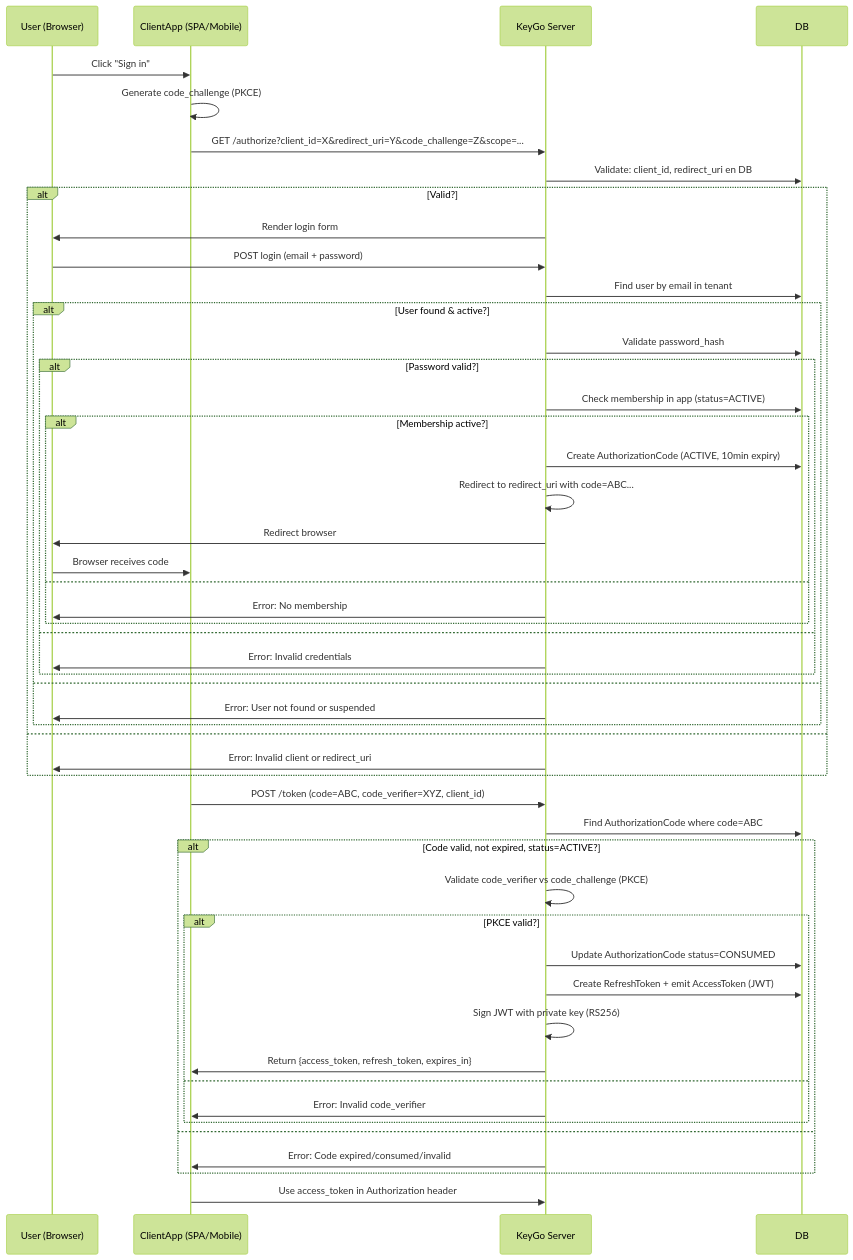
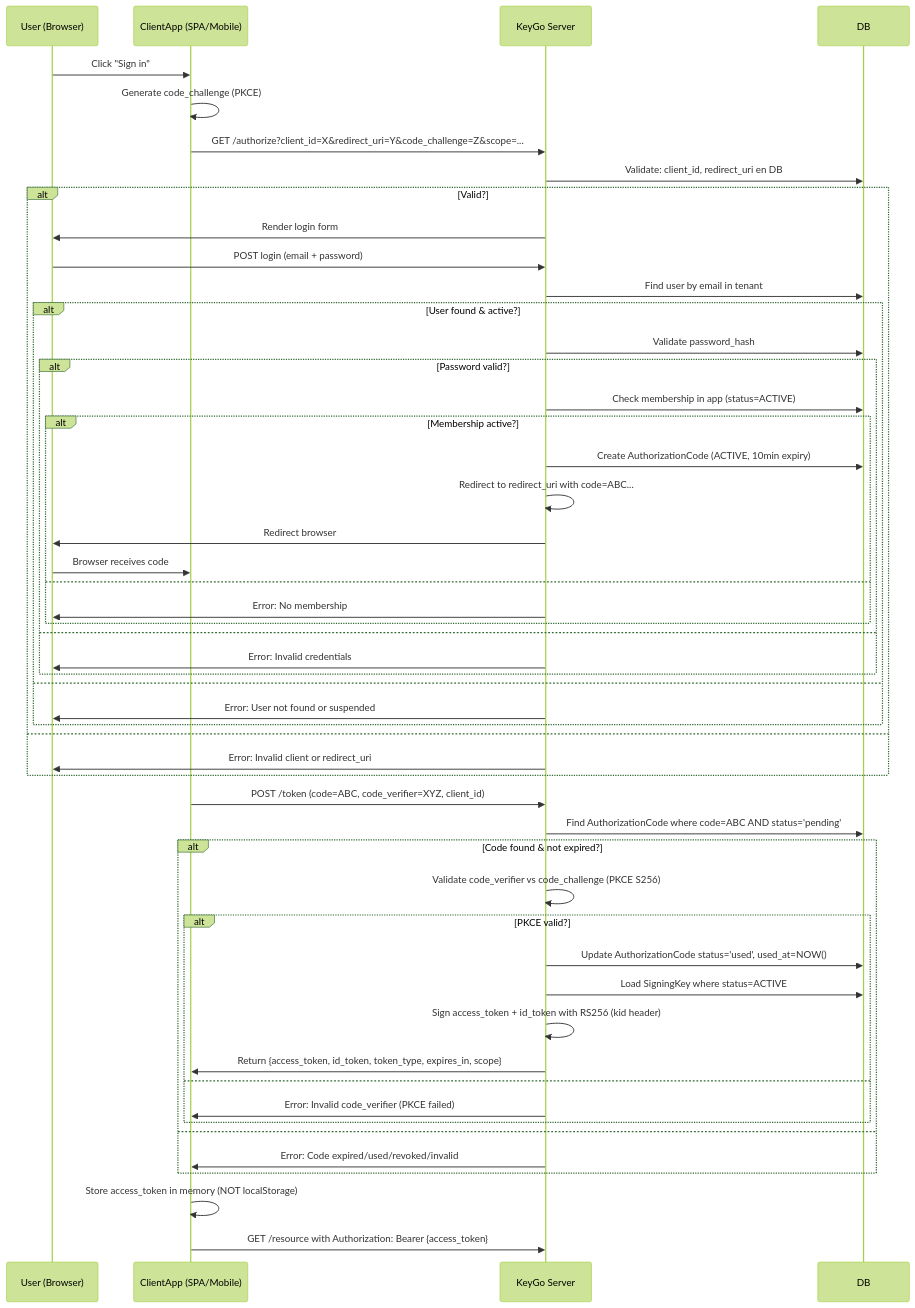
One commit to cmartinezs/keygo-server changed the fifth of 13 diagrams in docs/keygo-server/ENTITY_RELATIONSHIPS.md. Above: the diagram before and after it, drawn with Mermaid (forest theme). The commit also changed other lines of this file and 55 other files, not shown here.

Commit message:
feat(auth): implement JWKS endpoint and related models for JWT signing keys

````diff
--- a/docs/keygo-server/ENTITY_RELATIONSHIPS.md
+++ b/docs/keygo-server/ENTITY_RELATIONSHIPS.md
@@ -193,56 +222,57 @@
 ```mermaid
 sequenceDiagram
     participant User as User (Browser)
     participant App as ClientApp (SPA/Mobile)
     participant KeyGo as KeyGo Server
     participant DB as DB
 
     User->>App: Click "Sign in"
     App->>App: Generate code_challenge (PKCE)
     App->>KeyGo: GET /authorize?client_id=X&redirect_uri=Y&code_challenge=Z&scope=...
 
     KeyGo->>DB: Validate: client_id, redirect_uri en DB
     alt Valid?
         KeyGo->>User: Render login form
         User->>KeyGo: POST login (email + password)
         KeyGo->>DB: Find user by email in tenant
         alt User found & active?
             KeyGo->>DB: Validate password_hash
             alt Password valid?
                 KeyGo->>DB: Check membership in app (status=ACTIVE)
                 alt Membership active?
                     KeyGo->>DB: Create AuthorizationCode (ACTIVE, 10min expiry)
                     KeyGo->>KeyGo: Redirect to redirect_uri with code=ABC...
                     KeyGo->>User: Redirect browser
                     User->>App: Browser receives code
                 else
                     KeyGo->>User: Error: No membership
                 end
             else
                 KeyGo->>User: Error: Invalid credentials
             end
         else
             KeyGo->>User: Error: User not found or suspended
         end
     else
         KeyGo->>User: Error: Invalid client or redirect_uri
     end
 
     App->>KeyGo: POST /token (code=ABC, code_verifier=XYZ, client_id)
-    KeyGo->>DB: Find AuthorizationCode where code=ABC
-    alt Code valid, not expired, status=ACTIVE?
-        KeyGo->>KeyGo: Validate code_verifier vs code_challenge (PKCE)
+    KeyGo->>DB: Find AuthorizationCode where code=ABC AND status='pending'
+    alt Code found & not expired?
+        KeyGo->>KeyGo: Validate code_verifier vs code_challenge (PKCE S256)
         alt PKCE valid?
-            KeyGo->>DB: Update AuthorizationCode status=CONSUMED
-            KeyGo->>DB: Create RefreshToken + emit AccessToken (JWT)
-            KeyGo->>KeyGo: Sign JWT with private key (RS256)
-            KeyGo->>App: Return {access_token, refresh_token, expires_in}
+            KeyGo->>DB: Update AuthorizationCode status='used', used_at=NOW()
+            KeyGo->>DB: Load SigningKey where status=ACTIVE
+            KeyGo->>KeyGo: Sign access_token + id_token with RS256 (kid header)
+            KeyGo->>App: Return {access_token, id_token, token_type, expires_in, scope}
         else
-            KeyGo->>App: Error: Invalid code_verifier
+            KeyGo->>App: Error: Invalid code_verifier (PKCE failed)
         end
     else
-        KeyGo->>App: Error: Code expired/consumed/invalid
+        KeyGo->>App: Error: Code expired/used/revoked/invalid
     end
 
-    App->>KeyGo: Use access_token in Authorization header
+    App->>App: Store access_token in memory (NOT localStorage)
+    App->>KeyGo: GET /resource with Authorization: Bearer {access_token}
 ```
````
